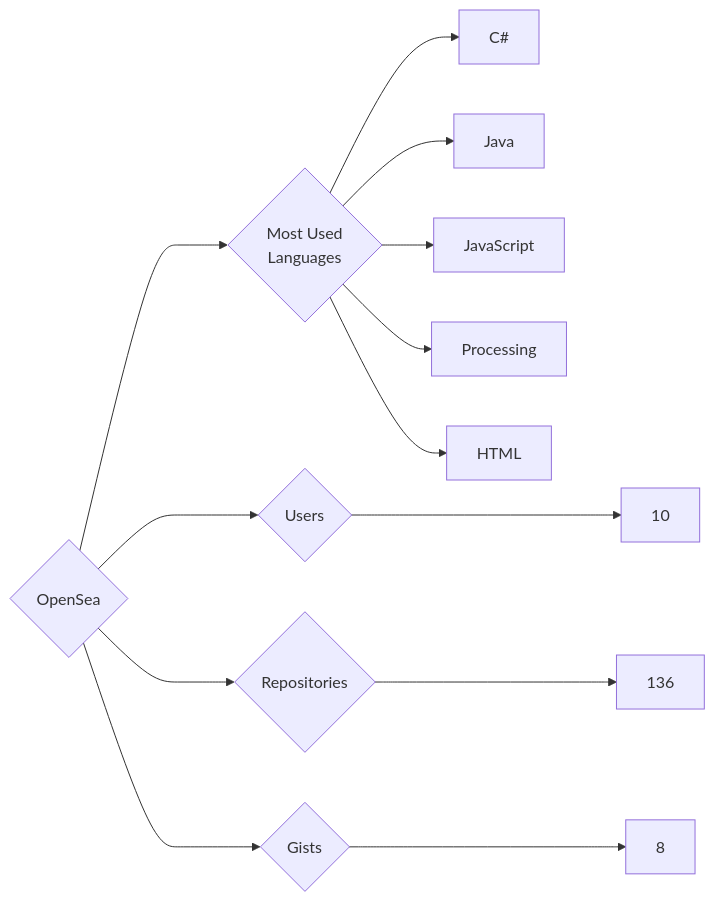
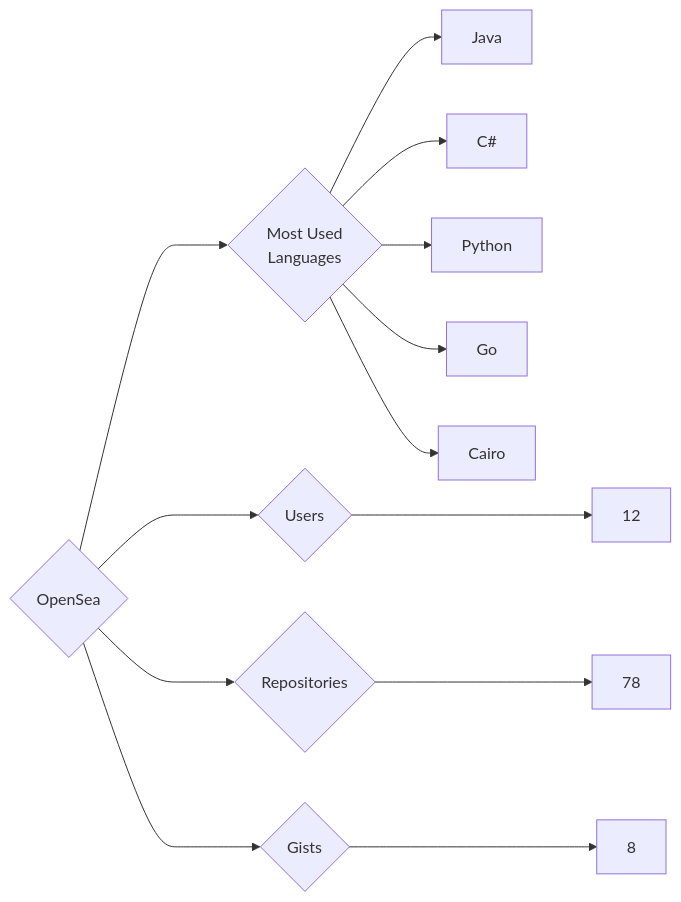
Before and after one commit to trickest/insiders: the diagram in targets/OpenSea/README.md, drawn with Mermaid. The commit also changed 534 other files, not shown here.

````diff
--- a/targets/OpenSea/README.md
+++ b/targets/OpenSea/README.md
@@ -3,13 +3,13 @@
 ```mermaid
 graph LR
 COMPANY_NAME{OpenSea}
-COMPANY_NAME ---> U{Users} ---> UN[10]
-COMPANY_NAME ---> R{Repositories} ---> RN[136]
+COMPANY_NAME ---> U{Users} ---> UN[12]
+COMPANY_NAME ---> R{Repositories} ---> RN[78]
 COMPANY_NAME ---> G{Gists} ---> GN[8]
 COMPANY_NAME ---> ML{Most Used<br>Languages}
+ML --> Java[Java]
 ML --> C#[C#]
-ML --> Java[Java]
-ML --> JavaScript[JavaScript]
-ML --> Processing[Processing]
-ML --> HTML[HTML]
+ML --> Python[Python]
+ML --> Go[Go]
+ML --> Cairo[Cairo]
 ```
````
